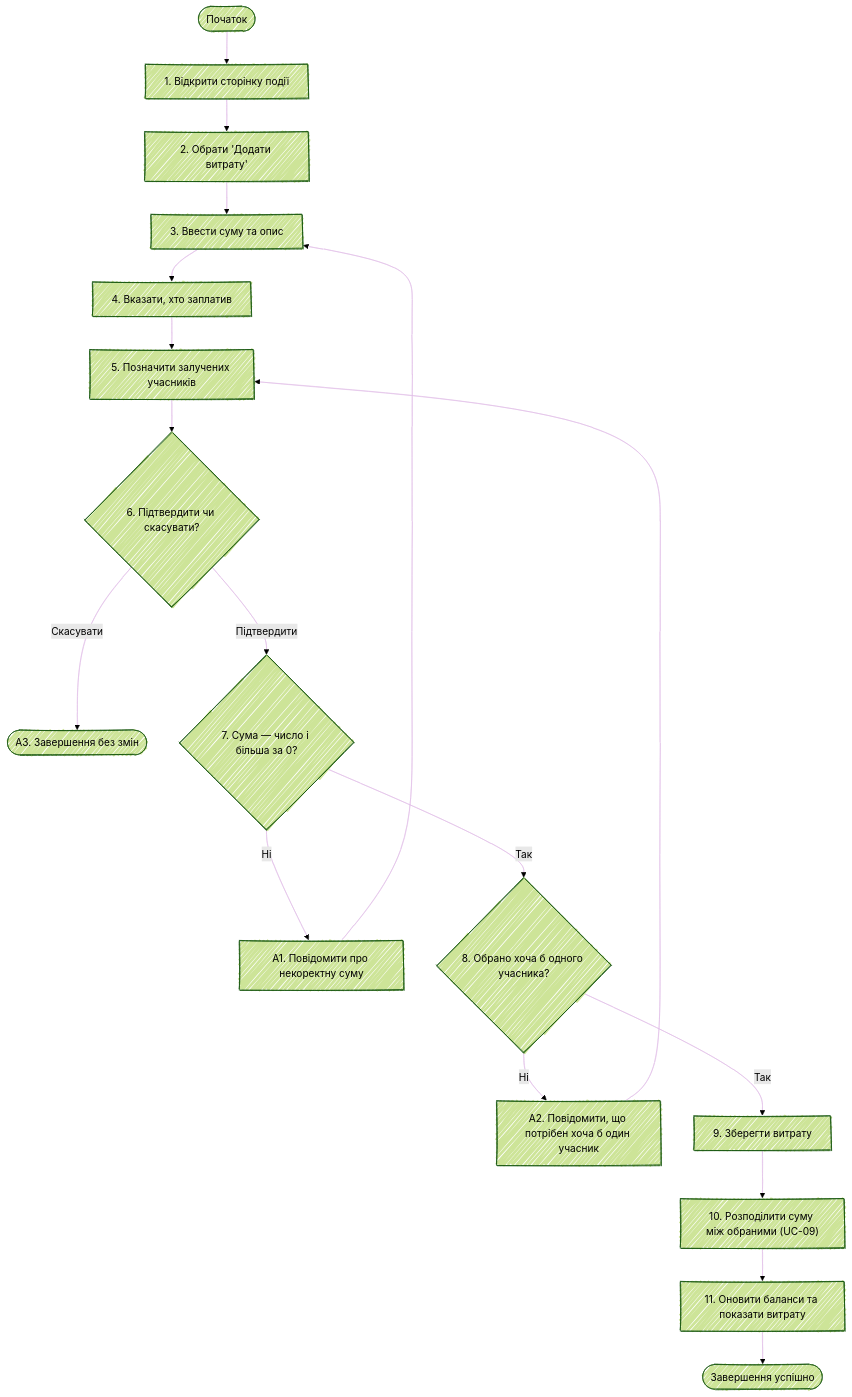
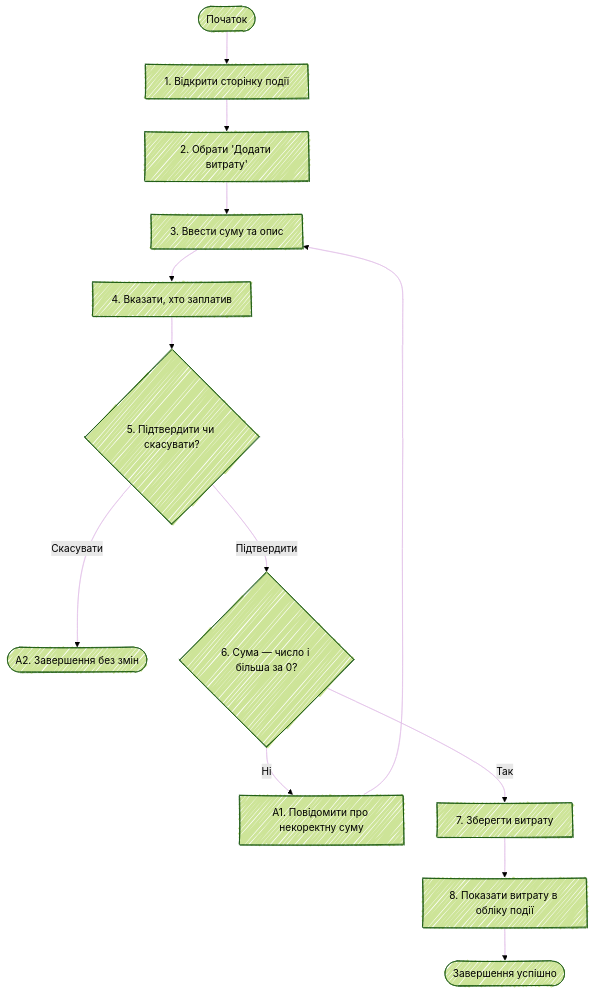
One commit to Fidloc/Group1_TR_43 changed the diagram in model/activity-uc-05.md. Above: the diagram before and after it, drawn with Mermaid. The commit also changed other lines of this file, not shown here.

````diff
--- a/model/activity-uc-05.md
+++ b/model/activity-uc-05.md
@@ -5,30 +5,25 @@
 ```mermaid
 ---
 config:
   theme: forest
   fontFamily: "'Merriweather Variable', serif"
   themeVariables:
     fontFamily: "'Merriweather Variable', serif"
   look: handDrawn
 ---
 flowchart TB
     A(["Початок"]) --> B["1. Відкрити сторінку події"]
     B --> C["2. Обрати 'Додати витрату'"]
     C --> D["3. Ввести суму та опис"]
     D --> E["4. Вказати, хто заплатив"]
-    E --> F["5. Позначити залучених учасників"]
-    F --> G{"6. Підтвердити чи скасувати?"}
-    G -- Скасувати --> H(["A3. Завершення без змін"])
-    G -- Підтвердити --> I{"7. Сума — число і більша за 0?"}
-    I -- Ні --> J["A1. Повідомити про некоректну суму"]
-    J --> D
-    I -- Так --> K{"8. Обрано хоча б одного учасника?"}
-    K -- Ні --> L["A2. Повідомити, що потрібен хоча б один учасник"]
-    L --> F
-    K -- Так --> M["9. Зберегти витрату"]
-    M --> N["10. Розподілити суму між обраними (UC-09)"]
-    N --> O["11. Оновити баланси та показати витрату"]
-    O --> P(["Завершення успішно"])
+    E --> F{"5. Підтвердити чи скасувати?"}
+    F -- Скасувати --> G(["A2. Завершення без змін"])
+    F -- Підтвердити --> H{"6. Сума — число і більша за 0?"}
+    H -- Ні --> I["A1. Повідомити про некоректну суму"]
+    I --> D
+    H -- Так --> J["7. Зберегти витрату"]
+    J --> K["8. Показати витрату в обліку події"]
+    K --> L(["Завершення успішно"])
 
     linkStyle default stroke:#E1BEE7,fill:none
 ```
````
